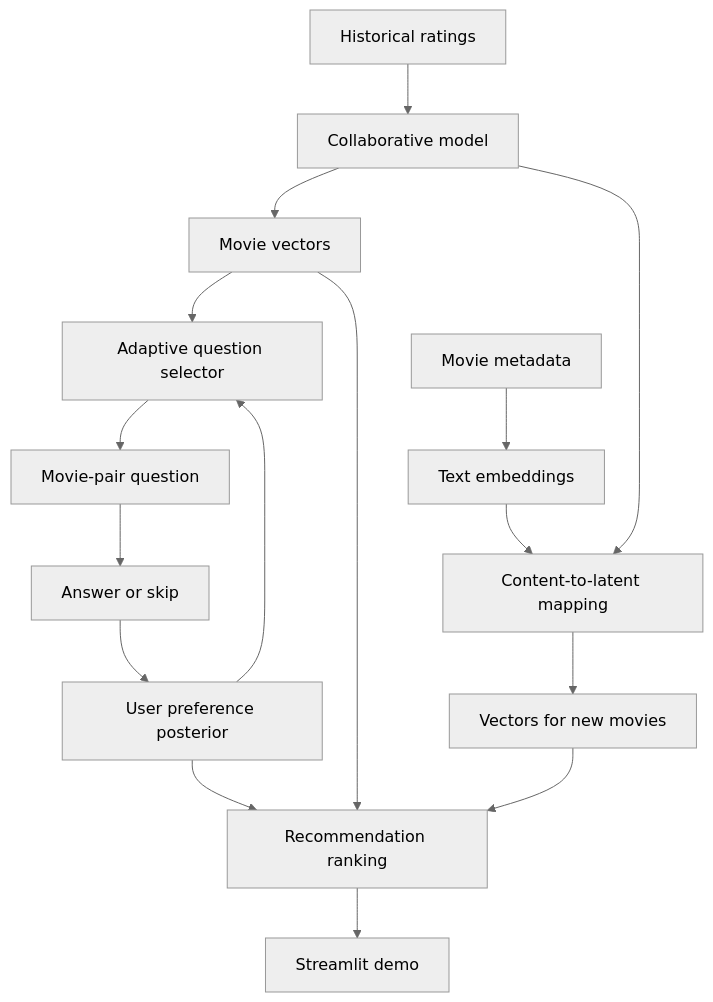
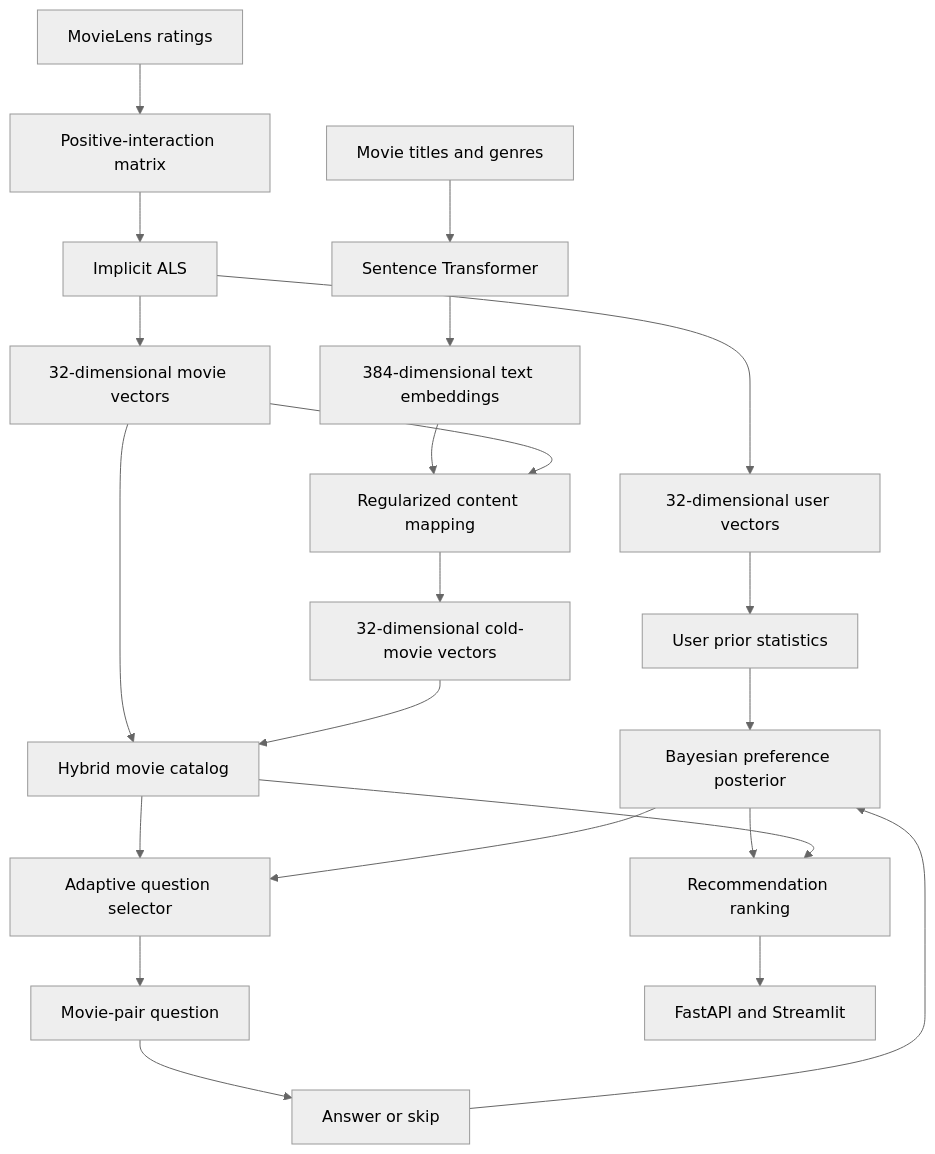
Before and after one commit to katyayani29verma-cyber/Recommendation-System-with-Cold-Start-Handling: the diagram in README.md, drawn with Mermaid (neutral theme). The commit also changed other lines of this file, not shown here.

Commit message:
Update README with recommendation core and cold-start results

````diff
--- a/README.md
+++ b/README.md
@@ -81,18 +73,28 @@
 ```mermaid
 flowchart TD
-    A[Historical ratings] --> B[Collaborative model]
-    C[Movie metadata] --> D[Text embeddings]
-    D --> E[Content-to-latent mapping]
-    B --> E
-    B --> F[Movie vectors]
-    E --> G[Vectors for new movies]
-    F --> H[Adaptive question selector]
-    I[User preference posterior] --> H
-    H --> J[Movie-pair question]
-    J --> K[Answer or skip]
-    K --> I
-    I --> L[Recommendation ranking]
-    F --> L
-    G --> L
-    L --> M[Streamlit demo]
+    A[MovieLens ratings] --> B[Positive-interaction matrix]
+    B --> C[Implicit ALS]
+    C --> D[32-dimensional user vectors]
+    C --> E[32-dimensional movie vectors]
+
+    F[Movie titles and genres] --> G[Sentence Transformer]
+    G --> H[384-dimensional text embeddings]
+    H --> I[Regularized content mapping]
+    E --> I
+    I --> J[32-dimensional cold-movie vectors]
+
+    E --> K[Hybrid movie catalog]
+    J --> K
+
+    D --> L[User prior statistics]
+    L --> M[Bayesian preference posterior]
+    K --> N[Adaptive question selector]
+    M --> N
+    N --> O[Movie-pair question]
+    O --> P[Answer or skip]
+    P --> M
+
+    M --> Q[Recommendation ranking]
+    K --> Q
+    Q --> R[FastAPI and Streamlit]
 ```
````
